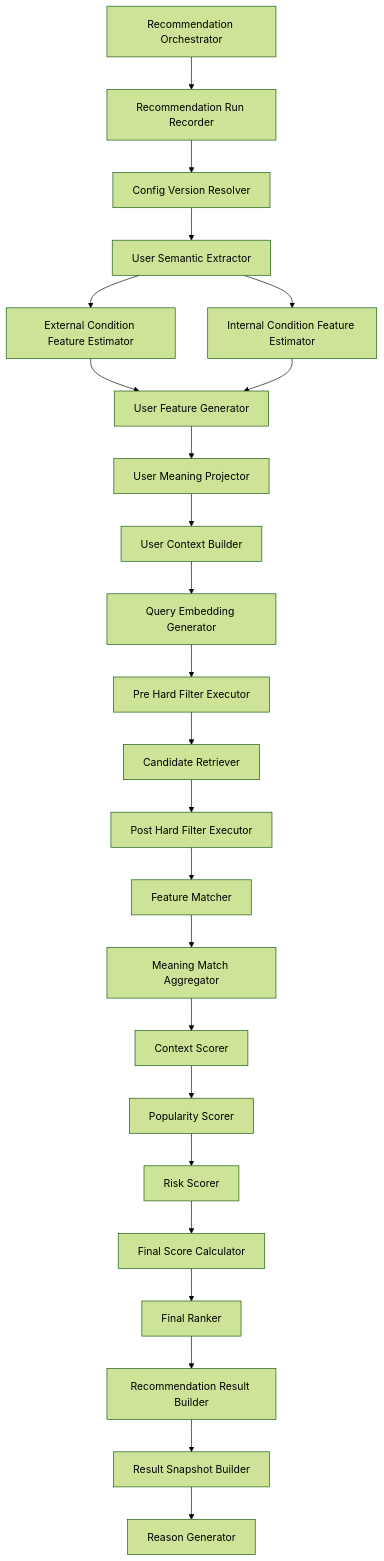
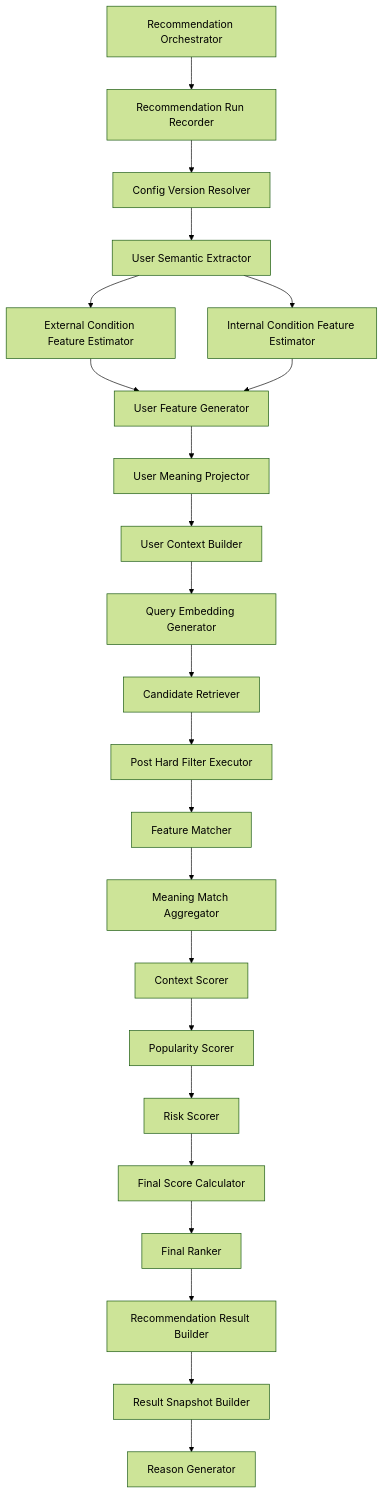
One commit to ryo-chan-k6/GiftRecommendAPP_MVP_CYCLE_3 changed the first of 3 diagrams in docs/05_アプリケーション設計/アプリ/モジュール一覧.md. Above: the diagram before and after it, drawn with Mermaid (forest theme). The commit also changed other lines of this file and 1 other file, not shown here.

````diff
--- a/docs/05_アプリケーション設計/アプリ/モジュール一覧.md
+++ b/docs/05_アプリケーション設計/アプリ/モジュール一覧.md
@@ -351,26 +351,25 @@
 ```mermaid
 flowchart TD
     A[Recommendation Orchestrator] --> B[Recommendation Run Recorder]
     B --> C[Config Version Resolver]
     C --> D[User Semantic Extractor]
     D --> E[External Condition Feature Estimator]
     D --> F[Internal Condition Feature Estimator]
     E --> G[User Feature Generator]
     F --> G
     G --> H[User Meaning Projector]
     H --> I[User Context Builder]
     I --> J[Query Embedding Generator]
-    J --> K[Pre Hard Filter Executor]
-    K --> L[Candidate Retriever]
-    L --> M[Post Hard Filter Executor]
+    J --> K[Candidate Retriever]
+    K --> M[Post Hard Filter Executor]
     M --> N[Feature Matcher]
     N --> O[Meaning Match Aggregator]
     O --> P[Context Scorer]
     P --> Q[Popularity Scorer]
     Q --> R[Risk Scorer]
     R --> S[Final Score Calculator]
     S --> T[Final Ranker]
     T --> U[Recommendation Result Builder]
     U --> V[Result Snapshot Builder]
     V --> W[Reason Generator]
 ```
````
